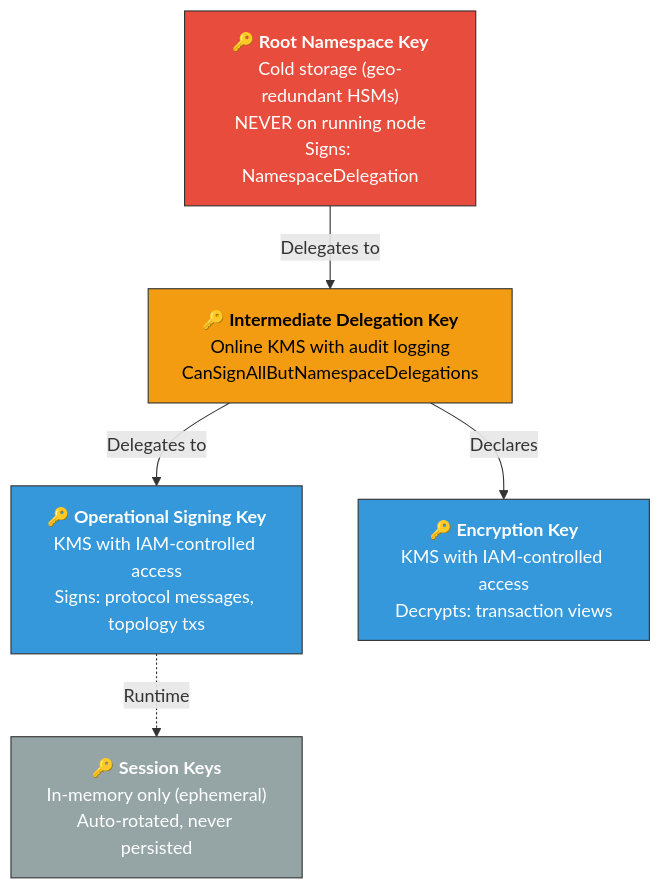
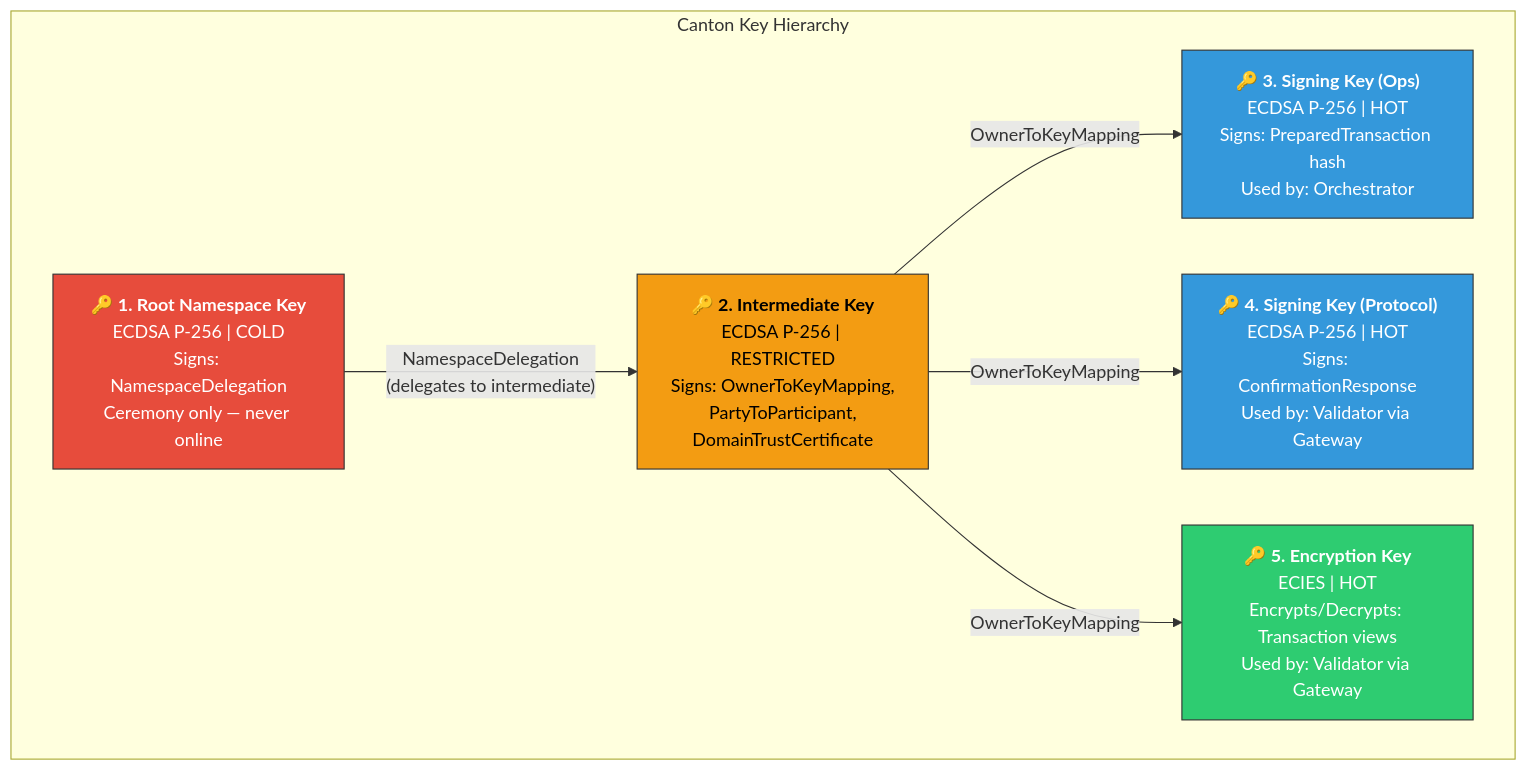
Diagram 21 of 35 in detailed_plan.md (sickle5stone/canton), drawn with Mermaid before and after one commit. The commit also changed other lines of this file and 1 other file, not shown here.

````diff
--- a/detailed_plan.md
+++ b/detailed_plan.md
@@ -1175,23 +1401,25 @@
 ```mermaid
 graph TD
-    ROOT["🔑 <b>Root Namespace Key</b><br/>Cold storage (geo-redundant HSMs)<br/>NEVER on running node<br/>Signs: NamespaceDelegation"]
-    
-    INT["🔑 <b>Intermediate Delegation Key</b><br/>Online KMS with audit logging<br/>CanSignAllButNamespaceDelegations"]
-    
-    OPS["🔑 <b>Operational Signing Key</b><br/>KMS with IAM-controlled access<br/>Signs: protocol messages, topology txs"]
-    
-    ENC["🔑 <b>Encryption Key</b><br/>KMS with IAM-controlled access<br/>Decrypts: transaction views"]
-    
-    SESSION["🔑 <b>Session Keys</b><br/>In-memory only (ephemeral)<br/>Auto-rotated, never persisted"]
+    subgraph CANTON_KEYS["Canton Key Hierarchy"]
+        ROOT["🔑 <b>1. Root Namespace Key</b><br/>ECDSA P-256 | COLD<br/>Signs: NamespaceDelegation<br/>Ceremony only — never online"]
 
-    ROOT -->|"Delegates to"| INT
-    INT -->|"Delegates to"| OPS
-    INT -->|"Declares"| ENC
-    OPS -.->|"Runtime"| SESSION
+        INT["🔑 <b>2. Intermediate Key</b><br/>ECDSA P-256 | RESTRICTED<br/>Signs: OwnerToKeyMapping,<br/>PartyToParticipant,<br/>DomainTrustCertificate"]
+
+        SIGN_OPS["🔑 <b>3. Signing Key (Ops)</b><br/>ECDSA P-256 | HOT<br/>Signs: PreparedTransaction hash<br/>Used by: Orchestrator"]
+
+        SIGN_PROTO["🔑 <b>4. Signing Key (Protocol)</b><br/>ECDSA P-256 | HOT<br/>Signs: ConfirmationResponse<br/>Used by: Validator via Gateway"]
+
+        ENC["🔑 <b>5. Encryption Key</b><br/>ECIES | HOT<br/>Encrypts/Decrypts: Transaction views<br/>Used by: Validator via Gateway"]
+    end
+
+    ROOT -->|"NamespaceDelegation<br/>(delegates to intermediate)"| INT
+    INT -->|"OwnerToKeyMapping"| SIGN_OPS
+    INT -->|"OwnerToKeyMapping"| SIGN_PROTO
+    INT -->|"OwnerToKeyMapping"| ENC
 
     style ROOT fill:#e74c3c,stroke:#333,color:#fff
     style INT fill:#f39c12,stroke:#333,color:#000
-    style OPS fill:#3498db,stroke:#333,color:#fff
-    style ENC fill:#3498db,stroke:#333,color:#fff
-    style SESSION fill:#95a5a6,stroke:#333,color:#fff
+    style SIGN_OPS fill:#3498db,stroke:#333,color:#fff
+    style SIGN_PROTO fill:#3498db,stroke:#333,color:#fff
+    style ENC fill:#2ecc71,stroke:#333,color:#fff
 ```
````
